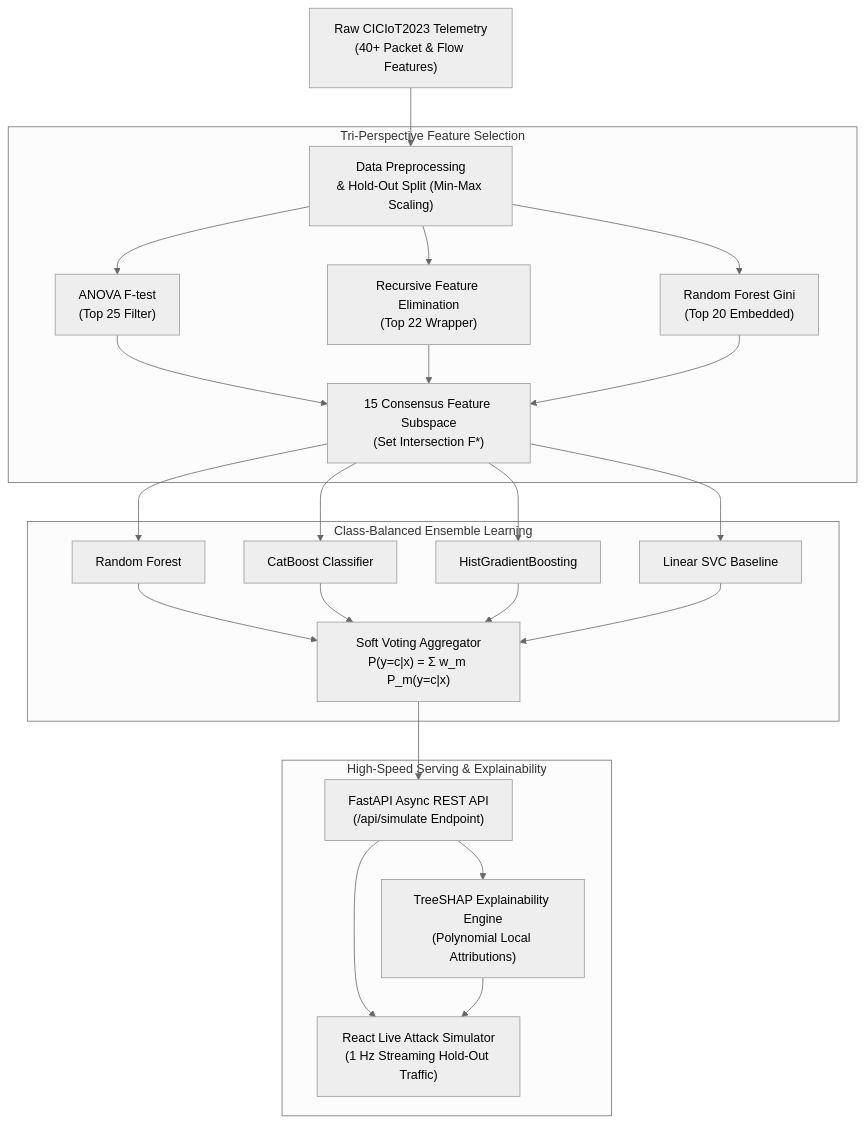
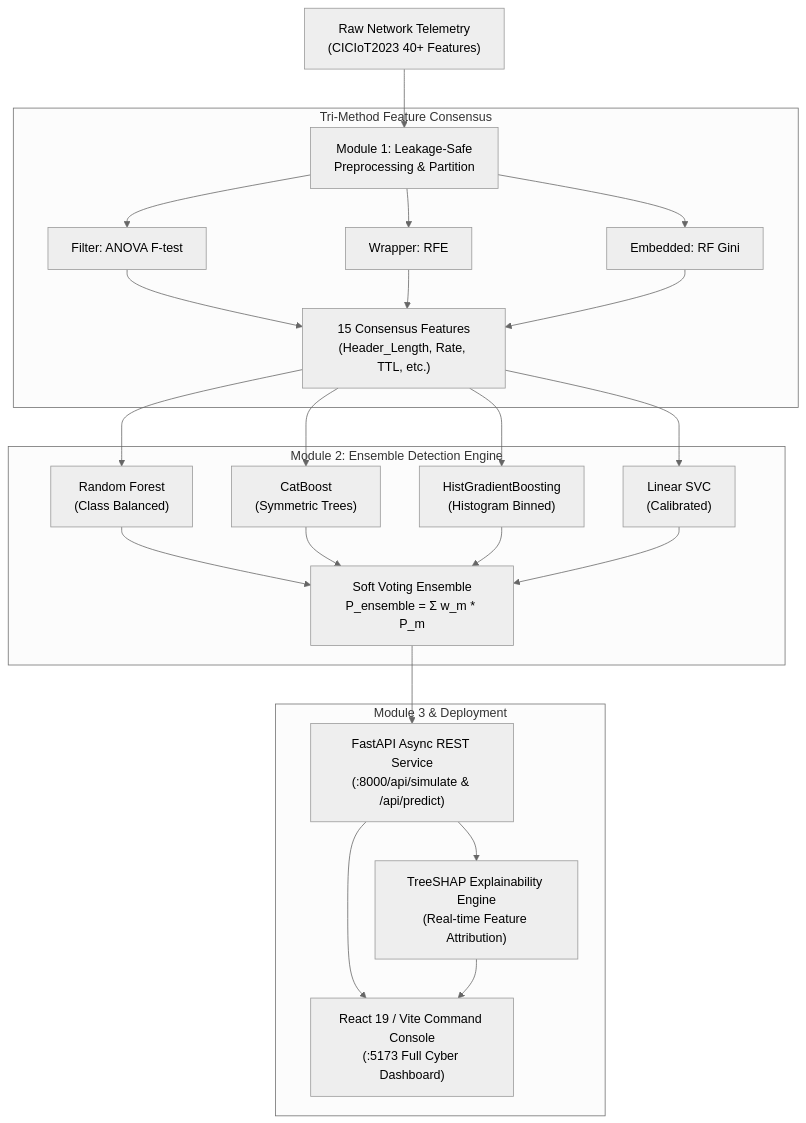
The diagram in README.md (albyjinu123-byte/iot-network-attack-detection-xai), drawn with Mermaid (neutral theme) before and after one commit. The commit also changed other lines of this file and 5 other files, not shown here.

````diff
--- a/README.md
+++ b/README.md
@@ -51,26 +61,26 @@
 ```mermaid
 flowchart TD
-    A["Raw CICIoT2023 Telemetry<br/>(40+ Packet & Flow Features)"] --> B["Data Preprocessing<br/>& Hold-Out Split (Min-Max Scaling)"]
+    A["Raw Network Telemetry<br/>(CICIoT2023 40+ Features)"] --> B["Module 1: Leakage-Safe<br/>Preprocessing & Partition"]
     
-    subgraph Feature_Consensus ["Tri-Perspective Feature Selection"]
-        B --> C1["ANOVA F-test<br/>(Top 25 Filter)"]
-        B --> C2["Recursive Feature Elimination<br/>(Top 22 Wrapper)"]
-        B --> C3["Random Forest Gini<br/>(Top 20 Embedded)"]
-        C1 & C2 & C3 --> D["15 Consensus Feature Subspace<br/>(Set Intersection F*)"]
+    subgraph Feature_Consensus ["Tri-Method Feature Consensus"]
+        B --> C1["Filter: ANOVA F-test"]
+        B --> C2["Wrapper: RFE"]
+        B --> C3["Embedded: RF Gini"]
+        C1 & C2 & C3 --> D["15 Consensus Features<br/>(Header_Length, Rate, TTL, etc.)"]
     end
     
-    subgraph Model_Ensemble ["Class-Balanced Ensemble Learning"]
-        D --> E1["Random Forest"]
-        D --> E2["CatBoost Classifier"]
-        D --> E3["HistGradientBoosting"]
-        D --> E4["Linear SVC Baseline"]
-        E1 & E2 & E3 & E4 --> F["Soft Voting Aggregator<br/>P(y=c|x) = Σ w_m P_m(y=c|x)"]
+    subgraph Detection_Engine ["Module 2: Ensemble Detection Engine"]
+        D --> E1["Random Forest<br/>(Class Balanced)"]
+        D --> E2["CatBoost<br/>(Symmetric Trees)"]
+        D --> E3["HistGradientBoosting<br/>(Histogram Binned)"]
+        D --> E4["Linear SVC<br/>(Calibrated)"]
+        E1 & E2 & E3 & E4 --> F["Soft Voting Ensemble<br/>P_ensemble = Σ w_m * P_m"]
     end
     
-    subgraph Real_Time_Deployment ["High-Speed Serving & Explainability"]
-        F --> G["FastAPI Async REST API<br/>(/api/simulate Endpoint)"]
-        G --> H["React Live Attack Simulator<br/>(1 Hz Streaming Hold-Out Traffic)"]
-        G --> I["TreeSHAP Explainability Engine<br/>(Polynomial Local Attributions)"]
+    subgraph Analytics_Serving ["Module 3 & Deployment"]
+        F --> G["FastAPI Async REST Service<br/>(:8000/api/simulate & /api/predict)"]
+        G --> H["React 19 / Vite Command Console<br/>(:5173 Full Cyber Dashboard)"]
+        G --> I["TreeSHAP Explainability Engine<br/>(Real-time Feature Attribution)"]
         I --> H
     end
 ```
````
